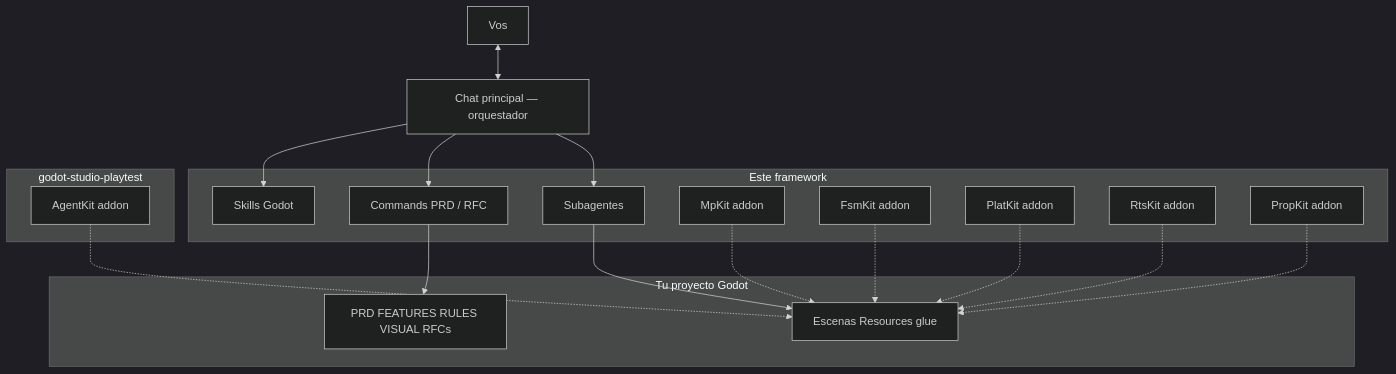
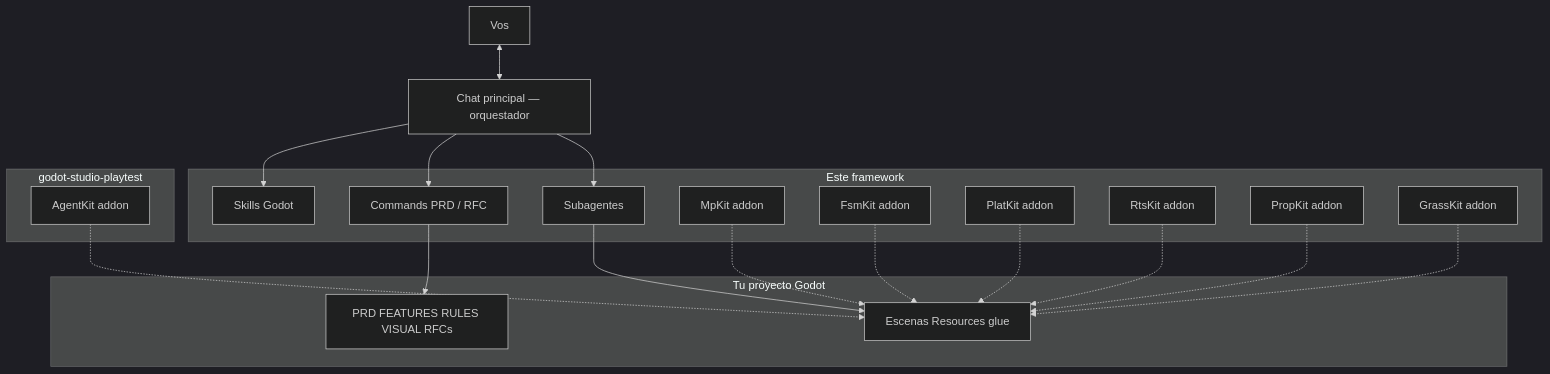
One commit to Joelnicolass/godot-studio-skills changed the first of 4 diagrams in docs/architecture.md. Above: the diagram before and after it, drawn with Mermaid (dark theme). The commit also changed 90 other files, not shown here.

````diff
--- a/docs/architecture.md
+++ b/docs/architecture.md
@@ -9,39 +9,41 @@
 ```mermaid
 flowchart TB
   you[Vos]
   orch[Chat principal — orquestador]
 
   you <--> orch
 
   subgraph kit [Este framework]
     skills[Skills Godot]
     cmds[Commands PRD / RFC]
     agents[Subagentes]
     mpkit[MpKit addon]
     fsmkit[FsmKit addon]
     platkit[PlatKit addon]
     rtskit[RtsKit addon]
     propkit[PropKit addon]
+    grasskit[GrassKit addon]
   end
 
   subgraph playtest [godot-studio-playtest]
     agentkit[AgentKit addon]
   end
 
   subgraph game [Tu proyecto Godot]
     arts[PRD FEATURES RULES VISUAL RFCs]
     code[Escenas Resources glue]
   end
 
   orch --> skills
   orch --> cmds
   cmds --> arts
   orch --> agents
   agents --> code
   mpkit -.-> code
   agentkit -.-> code
   fsmkit -.-> code
   platkit -.-> code
   rtskit -.-> code
   propkit -.-> code
+  grasskit -.-> code
 ```
````
